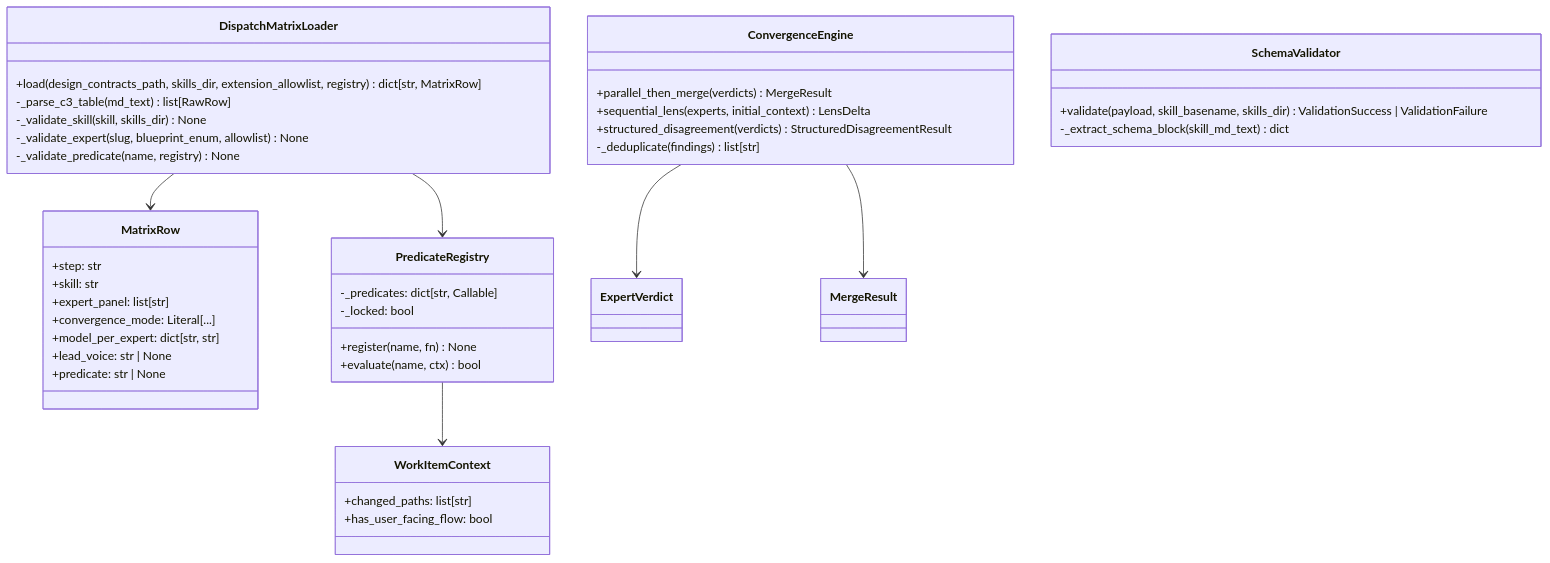
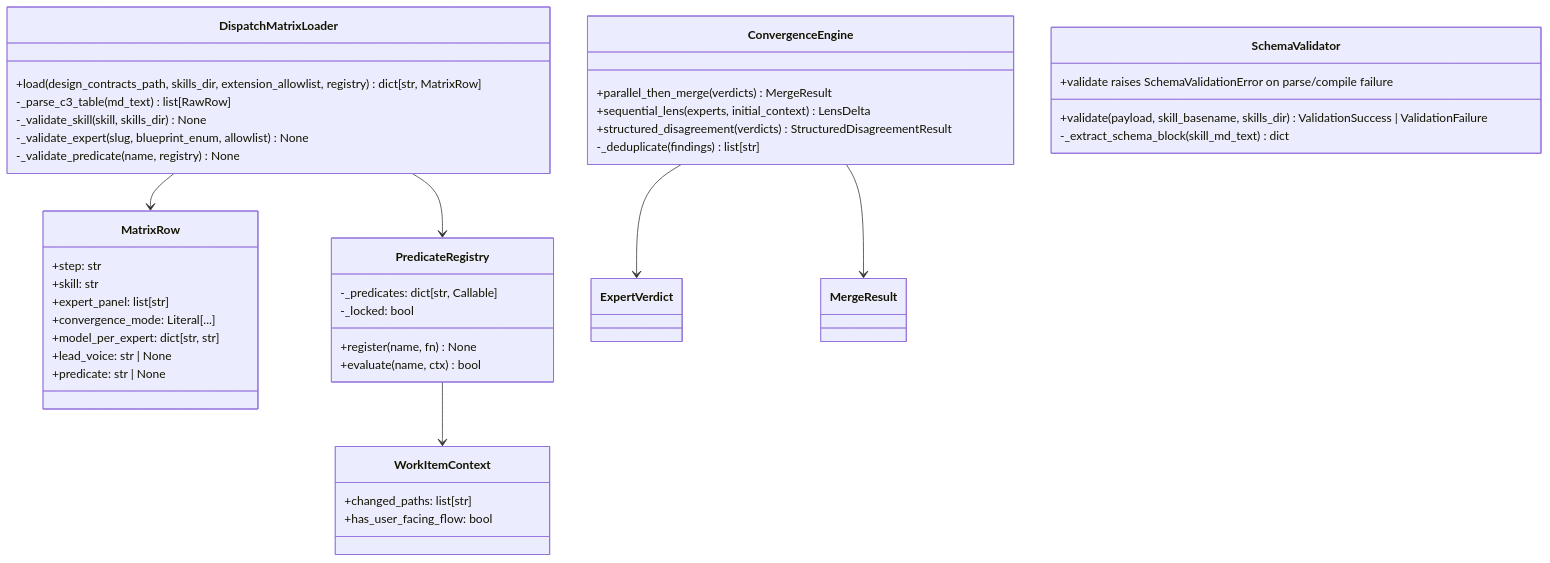
Before and after one commit to sbonoc/stackit-platform-blueprint: the first of 2 diagrams in specs/2026-06-29-issue-373-orchestrator-core/architecture.md, drawn with Mermaid. The commit also changed 2 other files, not shown here.

Commit message:
fix(issue-373-orchestrator-core): resolve three spec/ADR consistency defects found in cross-doc audit
- FR-003: split SchemaValidationError raise (parse/compile) from ValidationFailure
  return (payload validation) — eliminates raise+return contradiction on same call
- AC-003: rewrite T-103 assertions to cover both validator failure paths and
  explicitly scope parent AC-003 stdout-log assertion to #361.2 caller layer
- FR-002/AC-002: clarify severity_escalation_events scope — MergeResult carries
  dedup-induced escalation count; StructuredDisagreementResult carries conflict-induced
  count; both fields defined against ADR-364 § 5.1/5.2 authority
- ADR: document DispatchTableRow schema gap (predicate field absent from ADR-364
  § 4.1; amendment is #361.5 deliverable) and two-path validator design

````diff
--- a/specs/2026-06-29-issue-373-orchestrator-core/architecture.md
+++ b/specs/2026-06-29-issue-373-orchestrator-core/architecture.md
@@ -28,44 +28,45 @@
 ```mermaid
 classDiagram
     class DispatchMatrixLoader {
         +load(design_contracts_path, skills_dir, extension_allowlist, registry) dict[str, MatrixRow]
         -_parse_c3_table(md_text) list[RawRow]
         -_validate_skill(skill, skills_dir) None
         -_validate_expert(slug, blueprint_enum, allowlist) None
         -_validate_predicate(name, registry) None
     }
     class MatrixRow {
         +step: str
         +skill: str
         +expert_panel: list[str]
         +convergence_mode: Literal[...]
         +model_per_expert: dict[str, str]
         +lead_voice: str | None
         +predicate: str | None
     }
     class ConvergenceEngine {
         +parallel_then_merge(verdicts) MergeResult
         +sequential_lens(experts, initial_context) LensDelta
         +structured_disagreement(verdicts) StructuredDisagreementResult
         -_deduplicate(findings) list[str]
     }
     class SchemaValidator {
         +validate(payload, skill_basename, skills_dir) ValidationSuccess | ValidationFailure
+        +validate raises SchemaValidationError on parse/compile failure
         -_extract_schema_block(skill_md_text) dict
     }
     class PredicateRegistry {
         +register(name, fn) None
         +evaluate(name, ctx) bool
         -_predicates: dict[str, Callable]
         -_locked: bool
     }
     class WorkItemContext {
         +changed_paths: list[str]
         +has_user_facing_flow: bool
     }
     DispatchMatrixLoader --> MatrixRow
     DispatchMatrixLoader --> PredicateRegistry
     ConvergenceEngine --> ExpertVerdict
     ConvergenceEngine --> MergeResult
     PredicateRegistry --> WorkItemContext
 ```
````
